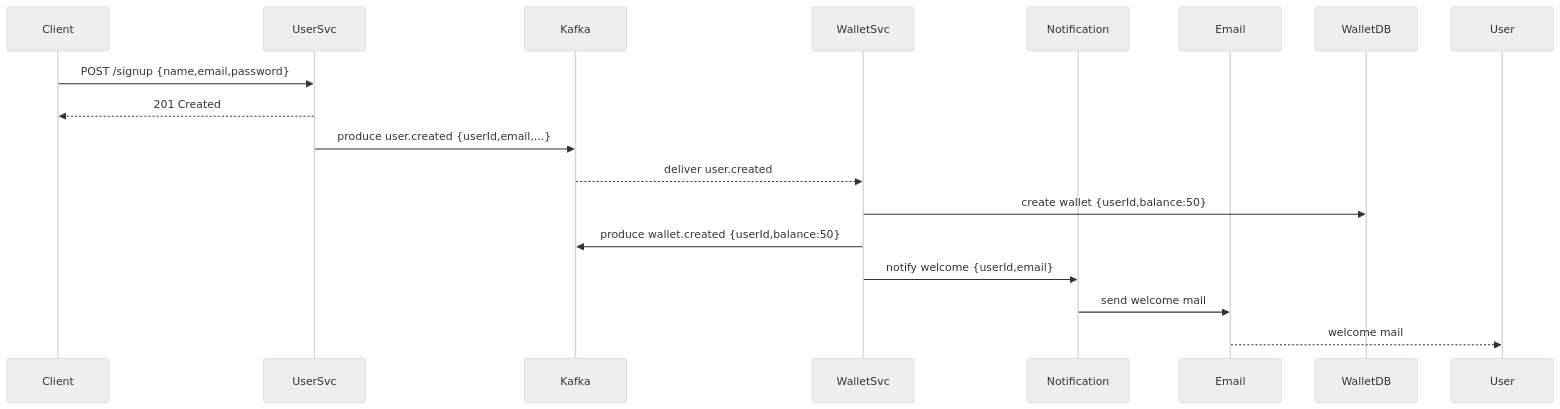
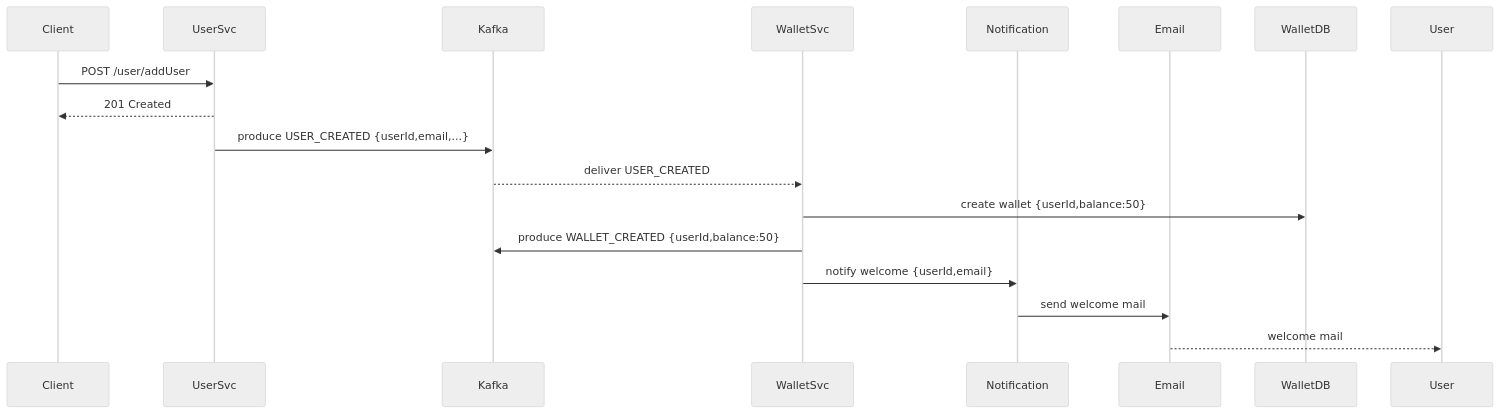
Before and after one commit to devrajeshkumar/ewallet: the second of 3 diagrams in readme.md, drawn with Mermaid (neutral theme). The commit also changed other lines of this file, not shown here.

````diff
--- a/readme.md
+++ b/readme.md
@@ -68,19 +68,19 @@
 ```mermaid
 sequenceDiagram
   participant Client
   participant UserSvc
   participant Kafka
   participant WalletSvc
   participant Notification
   participant Email
 
-  Client->>UserSvc: POST /signup {name,email,password}
+  Client->>UserSvc: POST /user/addUser
   UserSvc-->>Client: 201 Created
-  UserSvc->>Kafka: produce user.created {userId,email,...}
-  Kafka-->>WalletSvc: deliver user.created
+  UserSvc->>Kafka: produce USER_CREATED {userId,email,...}
+  Kafka-->>WalletSvc: deliver USER_CREATED
   WalletSvc->>WalletDB: create wallet {userId,balance:50}
-  WalletSvc->>Kafka: produce wallet.created {userId,balance:50}
+  WalletSvc->>Kafka: produce WALLET_CREATED {userId,balance:50}
   WalletSvc->>Notification: notify welcome {userId,email}
   Notification->>Email: send welcome mail
   Email-->>User: welcome mail
 ```
````
